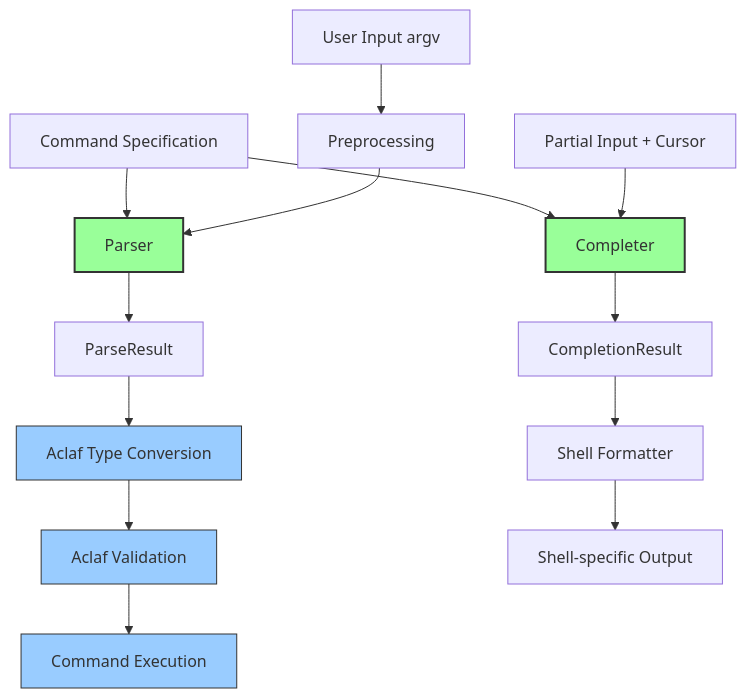
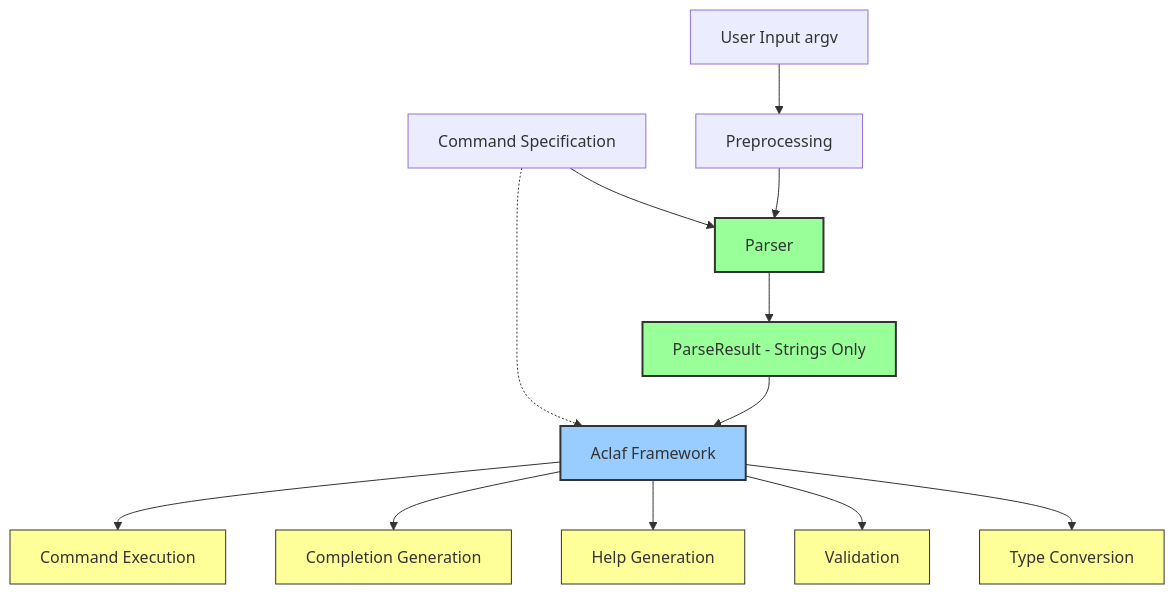
One commit to aclaf/flagrant changed the first of 2 diagrams in docs/explanation/architecture.md. Above: the diagram before and after it, drawn with Mermaid. The commit also changed other lines of this file and 46 other files, not shown here.

````diff
--- a/docs/explanation/architecture.md
+++ b/docs/explanation/architecture.md
@@ -55,24 +129,25 @@
 ```mermaid
 graph TD
     A[Command Specification] --> B[Parser]
-    A --> C[Completer]
-
     D[User Input argv] --> E[Preprocessing]
     E --> B
+    B --> F[ParseResult - Strings Only]
 
-    B --> F[ParseResult]
-    F --> G[Aclaf Type Conversion]
-    G --> H[Aclaf Validation]
-    H --> I[Command Execution]
+    F --> G[Aclaf Framework]
+    G --> H[Type Conversion]
+    G --> I[Validation]
+    G --> J[Help Generation]
+    G --> K[Completion Generation]
+    G --> L[Command Execution]
 
-    J[Partial Input + Cursor] --> C
-    C --> K[CompletionResult]
-    K --> L[Shell Formatter]
-    L --> M[Shell-specific Output]
+    A -.-> G
 
     style B fill:#9f9,stroke:#333,stroke-width:2px
-    style C fill:#9f9,stroke:#333,stroke-width:2px
-    style G fill:#9cf,stroke:#333
-    style H fill:#9cf,stroke:#333
-    style I fill:#9cf,stroke:#333
+    style F fill:#9f9,stroke:#333,stroke-width:2px
+    style G fill:#9cf,stroke:#333,stroke-width:2px
+    style H fill:#ff9,stroke:#333
+    style I fill:#ff9,stroke:#333
+    style J fill:#ff9,stroke:#333
+    style K fill:#ff9,stroke:#333
+    style L fill:#ff9,stroke:#333
 ```
````
